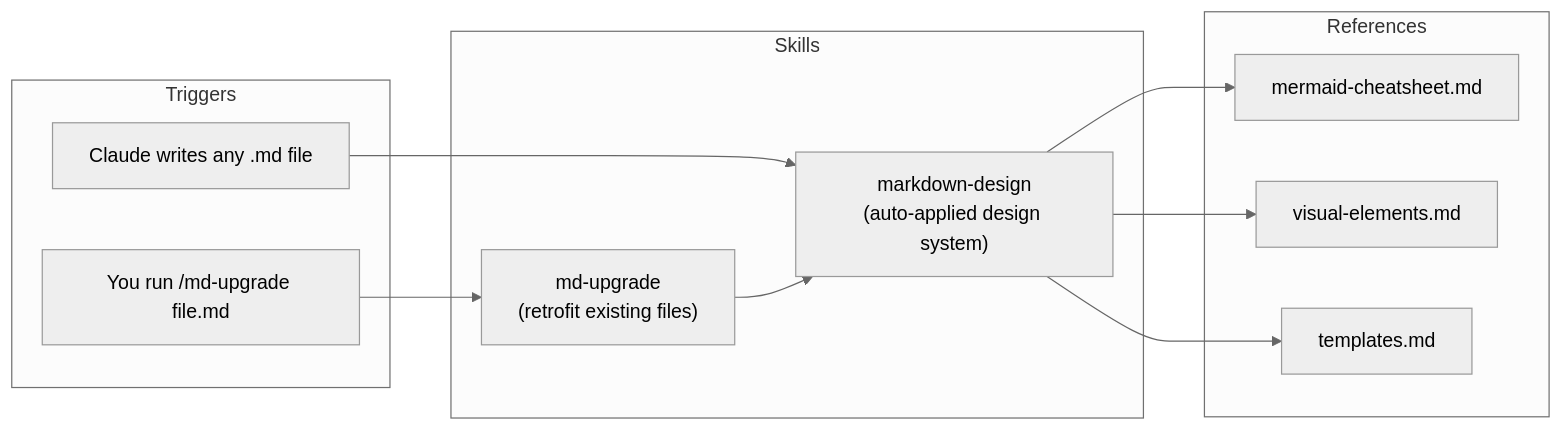
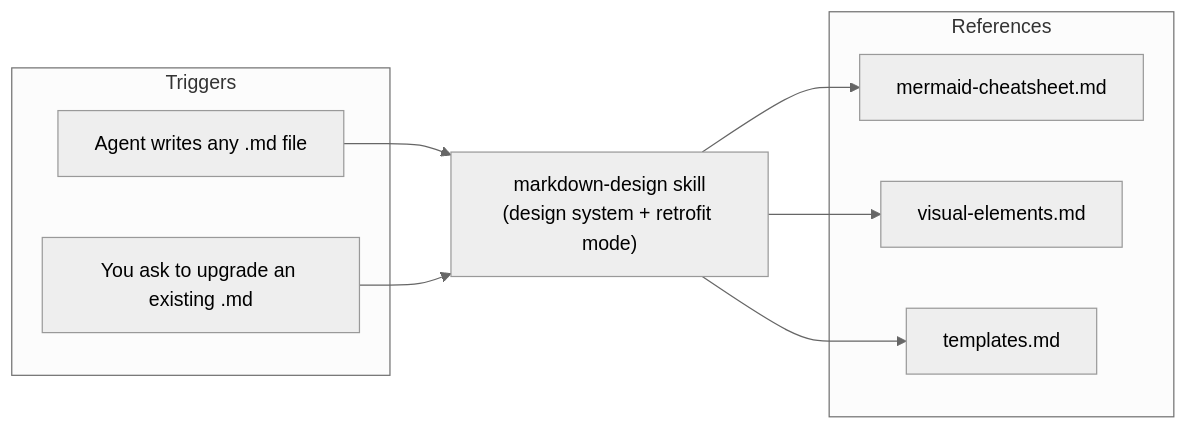
Before and after one commit to Sourabh10122002/markdown-designer: the diagram in README.md, drawn with Mermaid (neutral theme). The commit also changed other lines of this file and 6 other files, not shown here.

Commit message:
Merge md-upgrade into markdown-design as retrofit mode

````diff
--- a/README.md
+++ b/README.md
@@ -14,22 +14,18 @@
 ```mermaid
 flowchart LR
     subgraph Triggers
-        W["Claude writes any .md file"]
-        U["You run /md-upgrade file.md"]
+        W["Agent writes any .md file"]
+        U["You ask to upgrade an existing .md"]
     end
-    subgraph Skills
-        MD["markdown-design<br/>(auto-applied design system)"]
-        UP["md-upgrade<br/>(retrofit existing files)"]
-    end
+    MD["markdown-design skill<br/>(design system + retrofit mode)"]
     subgraph References
         R1["mermaid-cheatsheet.md"]
         R2["visual-elements.md"]
         R3["templates.md"]
     end
     W --> MD
-    U --> UP
-    UP --> MD
+    U --> MD
     MD --> R1
     MD --> R2
     MD --> R3
 ```
````
